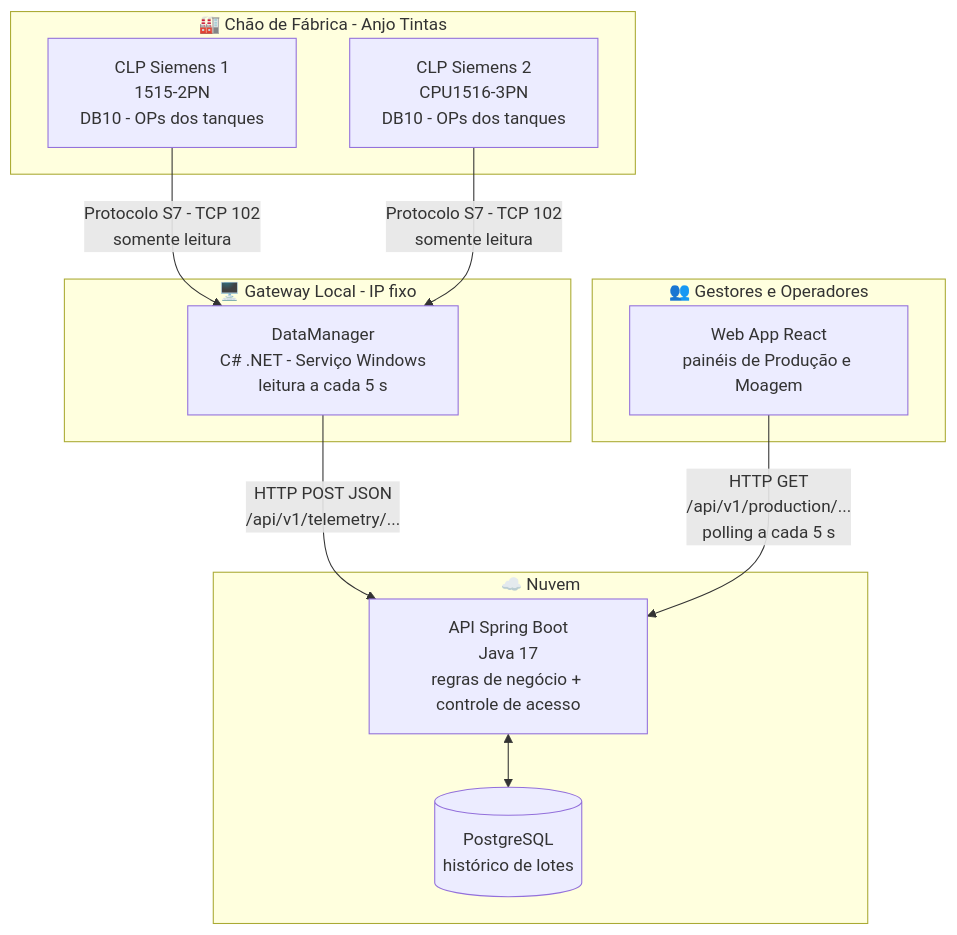
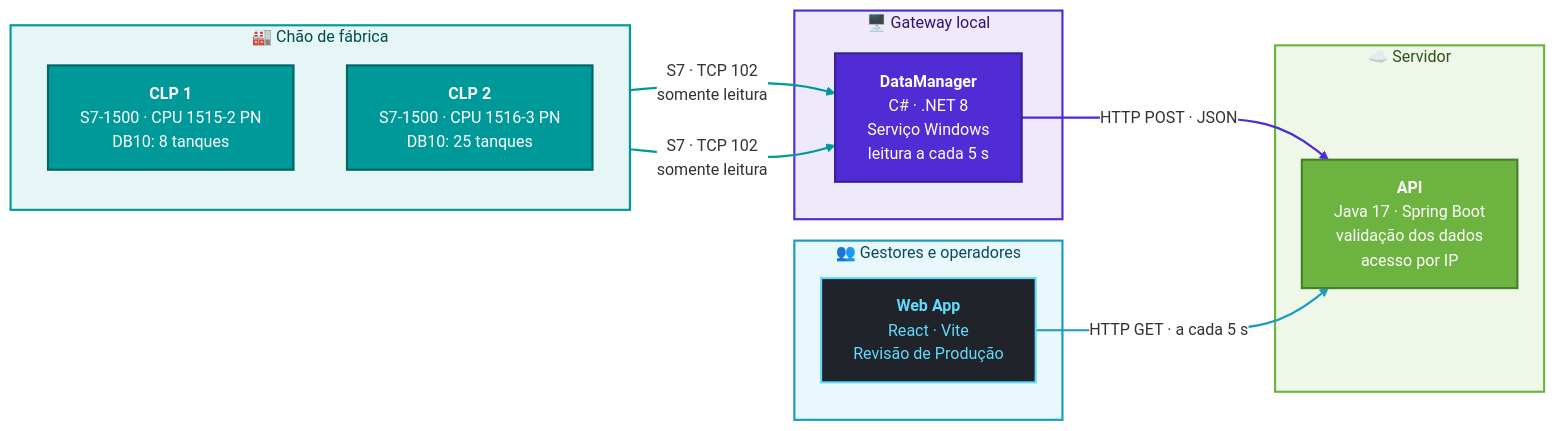
Before and after one commit to Virtuosinh0/Comunicacao-CLP-Nuvem: the diagram in README.md, drawn with Mermaid. The commit also changed other lines of this file, not shown here.

````diff
--- a/README.md
+++ b/README.md
@@ -95,26 +79,45 @@
 ```mermaid
-flowchart TD
-    subgraph FABRICA["🏭 Chão de Fábrica - Anjo Tintas"]
-        CLP1["CLP Siemens 1<br/>1515-2PN<br/>DB10 - OPs dos tanques"]
-        CLP2["CLP Siemens 2<br/>CPU1516-3PN<br/>DB10 - OPs dos tanques"]
+%%{init: {"theme": "base", "themeVariables": {"fontFamily": "Segoe UI, Helvetica, Arial, sans-serif", "fontSize": "15px", "lineColor": "#555555", "edgeLabelBackground": "#FFFFFF"}}}%%
+flowchart LR
+    subgraph FAB["🏭 Chão de fábrica"]
+        direction TB
+        CLP1["<b>CLP 1</b><br/>S7-1500 · CPU 1515-2 PN<br/>DB10: 8 tanques"]
+        CLP2["<b>CLP 2</b><br/>S7-1500 · CPU 1516-3 PN<br/>DB10: 25 tanques"]
     end
 
-    subgraph LOCAL["🖥️ Gateway Local - IP fixo"]
-        DM["DataManager<br/>C# .NET - Serviço Windows<br/>leitura a cada 5 s"]
+    subgraph GW["🖥️ Gateway local"]
+        DM["<b>DataManager</b><br/>C# · .NET 8<br/>Serviço Windows<br/>leitura a cada 5 s"]
     end
 
-    subgraph NUVEM["☁️ Nuvem"]
-        API["API Spring Boot<br/>Java 17<br/>regras de negócio + controle de acesso"]
-        DB[("PostgreSQL<br/>histórico de lotes")]
+    subgraph SRV["☁️ Servidor"]
+        API["<b>API</b><br/>Java 17 · Spring Boot<br/>validação dos dados<br/>acesso por IP"]
     end
 
-    subgraph USUARIOS["👥 Gestores e Operadores"]
-        WEB["Web App React<br/>painéis de Produção e Moagem"]
+    subgraph USR["👥 Gestores e operadores"]
+        WEB["<b>Web App</b><br/>React · Vite<br/>Revisão de Produção"]
     end
 
-    CLP1 -- "Protocolo S7 - TCP 102<br/>somente leitura" --> DM
-    CLP2 -- "Protocolo S7 - TCP 102<br/>somente leitura" --> DM
-    DM -- "HTTP POST JSON<br/>/api/v1/telemetry/..." --> API
-    API <--> DB
-    WEB -- "HTTP GET<br/>/api/v1/production/...<br/>polling a cada 5 s" --> API
+    CLP1 -- "S7 · TCP 102<br/>somente leitura" --> DM
+    CLP2 -- "S7 · TCP 102<br/>somente leitura" --> DM
+    DM -- "HTTP POST · JSON" --> API
+    WEB -- "HTTP GET · a cada 5 s" --> API
+
+    classDef clp fill:#009999,stroke:#006666,stroke-width:2px,color:#FFFFFF
+    classDef dotnet fill:#512BD4,stroke:#3A1F99,stroke-width:2px,color:#FFFFFF
+    classDef spring fill:#6DB33F,stroke:#4A7F2A,stroke-width:2px,color:#FFFFFF
+    classDef react fill:#20232A,stroke:#61DAFB,stroke-width:2px,color:#61DAFB
+
+    class CLP1,CLP2 clp
+    class DM dotnet
+    class API spring
+    class WEB react
+
+    style FAB fill:#E6F5F5,stroke:#009999,stroke-width:2px,color:#004D4D
+    style GW fill:#EEEAFB,stroke:#512BD4,stroke-width:2px,color:#2A1670
+    style SRV fill:#EEF7E8,stroke:#6DB33F,stroke-width:2px,color:#2F5219
+    style USR fill:#E8F8FD,stroke:#1A9BC2,stroke-width:2px,color:#0B4A5E
+
+    linkStyle 0,1 stroke:#009999,stroke-width:2px
+    linkStyle 2 stroke:#512BD4,stroke-width:2px
+    linkStyle 3 stroke:#1A9BC2,stroke-width:2px
 ```
````
